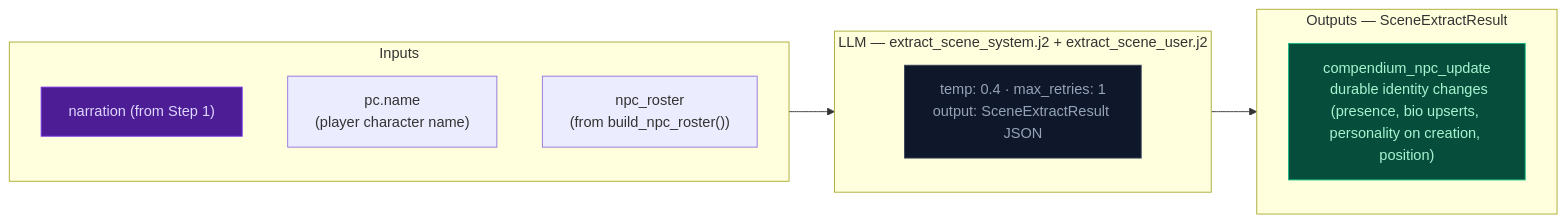
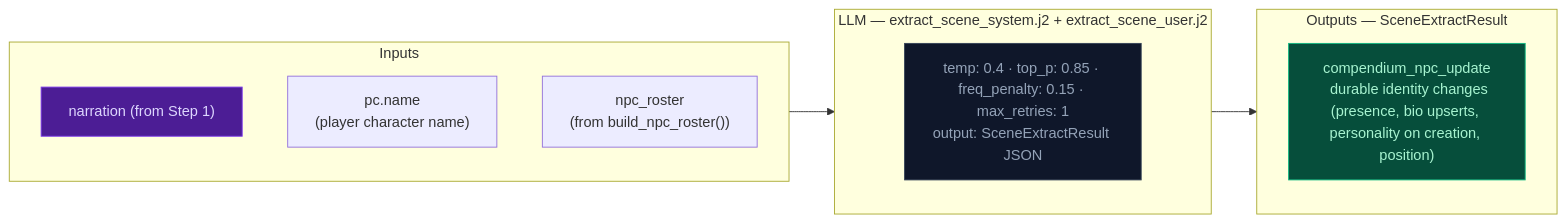
One commit to pww217/fablethread changed the diagram in docs/architecture/step2a-scene.md. Above: the diagram before and after it, drawn with Mermaid. The commit also changed other lines of this file and 17 other files, not shown here.

First line of the commit message:
docs: verify and fix architecture docs against source code

````diff
--- a/docs/architecture/step2a-scene.md
+++ b/docs/architecture/step2a-scene.md
@@ -7,23 +7,23 @@
 ```mermaid
 flowchart LR
     classDef llmNode fill:#0f172a,color:#94a3b8,stroke:#334155
     classDef xstream fill:#4c1d95,color:#ddd6fe,stroke:#7c3aed
     classDef outNode fill:#064e3b,color:#a7f3d0,stroke:#10b981
 
     subgraph IN["Inputs"]
         S1["narration (from Step 1)"]:::xstream
         S2["pc.name<br>(player character name)"]
         S3["npc_roster<br>(from build_npc_roster())"]
     end
 
     subgraph LLM2A["LLM — extract_scene_system.j2 + extract_scene_user.j2"]
-        SL["temp: 0.4 · max_retries: 1<br>output: SceneExtractResult JSON"]:::llmNode
+        SL["temp: 0.4 · top_p: 0.85 · freq_penalty: 0.15 · max_retries: 1<br>output: SceneExtractResult JSON"]:::llmNode
     end
 
     subgraph OUT["Outputs — SceneExtractResult"]
         O1["compendium_npc_update<br>  durable identity changes (presence, bio upserts, personality on creation, position)"]:::outNode
     end
 
     IN --> LLM2A
     LLM2A --> OUT
 ```
````
